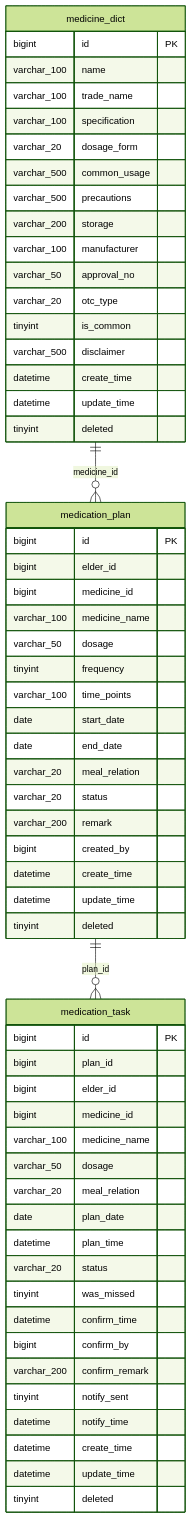
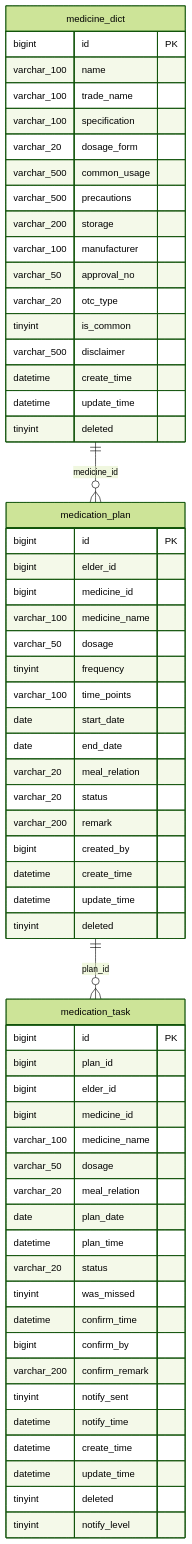
The fifth of 8 diagrams in docs/db/01-ER图.md (wangpanbin/Senior-Companion-Health-Assessment), drawn with Mermaid (forest theme) before and after one commit. The commit also changed 5 other files, not shown here.

First line of the commit message:
feat(medication): V11 medication_task 增加 notify_level 升级级别列

````diff
--- a/docs/db/01-ER图.md
+++ b/docs/db/01-ER图.md
@@ -394,62 +394,63 @@
 ```mermaid
 erDiagram
     medicine_dict {
         bigint id PK
         varchar_100 name
         varchar_100 trade_name
         varchar_100 specification
         varchar_20 dosage_form
         varchar_500 common_usage
         varchar_500 precautions
         varchar_200 storage
         varchar_100 manufacturer
         varchar_50 approval_no
         varchar_20 otc_type
         tinyint is_common
         varchar_500 disclaimer
         datetime create_time
         datetime update_time
         tinyint deleted
     }
     medication_plan {
         bigint id PK
         bigint elder_id
         bigint medicine_id
         varchar_100 medicine_name
         varchar_50 dosage
         tinyint frequency
         varchar_100 time_points
         date start_date
         date end_date
         varchar_20 meal_relation
         varchar_20 status
         varchar_200 remark
         bigint created_by
         datetime create_time
         datetime update_time
         tinyint deleted
     }
     medication_task {
         bigint id PK
         bigint plan_id
         bigint elder_id
         bigint medicine_id
         varchar_100 medicine_name
         varchar_50 dosage
         varchar_20 meal_relation
         date plan_date
         datetime plan_time
         varchar_20 status
         tinyint was_missed
         datetime confirm_time
         bigint confirm_by
         varchar_200 confirm_remark
         tinyint notify_sent
         datetime notify_time
         datetime create_time
         datetime update_time
         tinyint deleted
+        tinyint notify_level
     }
     medicine_dict ||--o{ medication_plan : "medicine_id"
     medication_plan ||--o{ medication_task : "plan_id"
 ```
````
